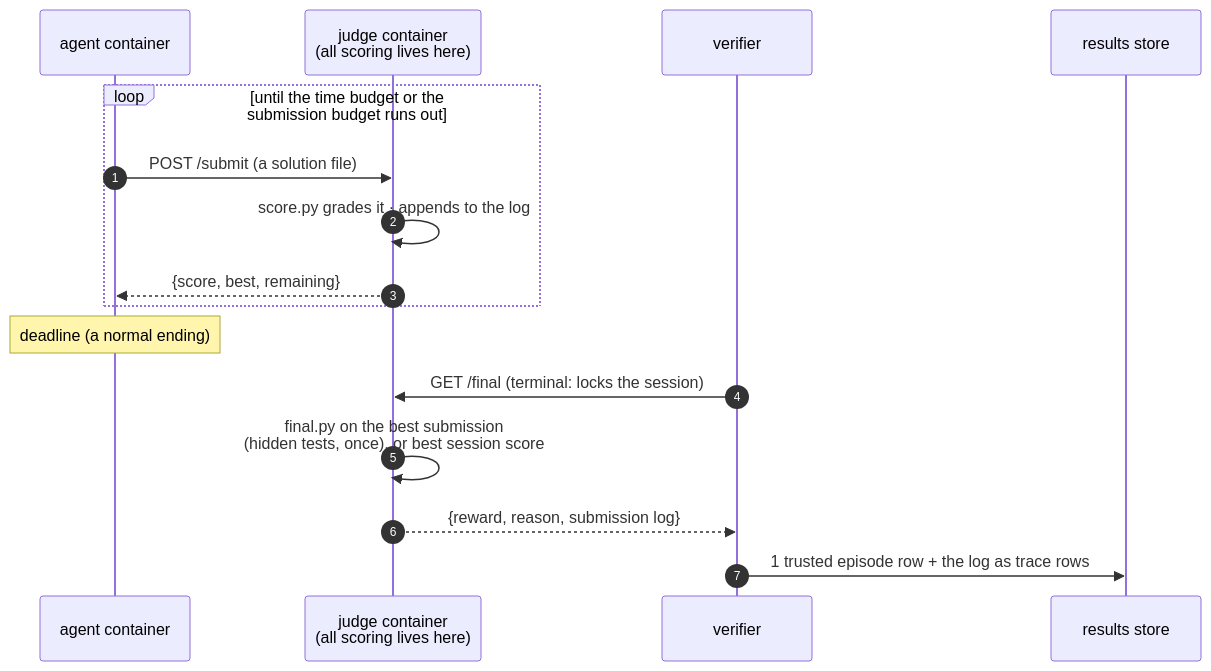
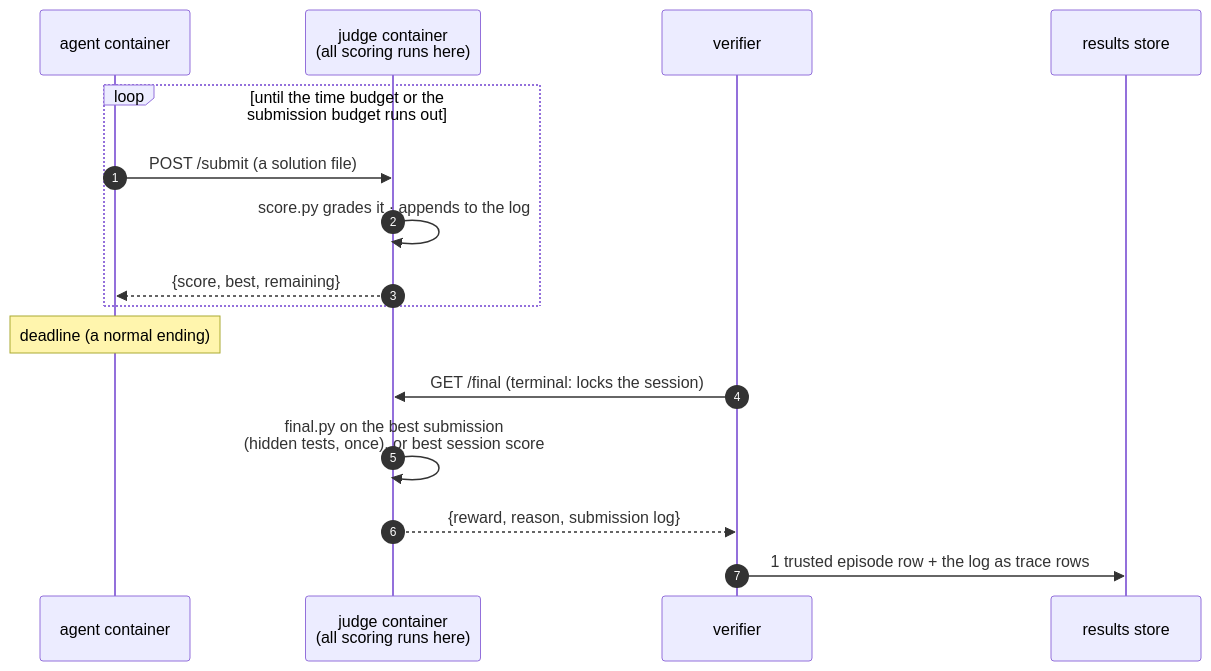
The diagram in docs/design.md (Human-Agent-Society/tide-eval), drawn with Mermaid before and after one commit. The commit also changed other lines of this file and 4 other files, not shown here.

````diff
--- a/docs/design.md
+++ b/docs/design.md
@@ -68,19 +69,19 @@
 ```mermaid
 sequenceDiagram
     autonumber
     participant A as agent container
-    participant J as judge container<br/>(all scoring lives here)
+    participant J as judge container<br/>(all scoring runs here)
     participant V as verifier
     participant S as results store
 
     loop until the time budget or the submission budget runs out
         A->>J: POST /submit (a solution file)
         J->>J: score.py grades it · appends to the log
         J-->>A: {score, best, remaining}
     end
     Note over A: deadline (a normal ending)
     V->>J: GET /final (terminal: locks the session)
     J->>J: final.py on the best submission<br/>(hidden tests, once), or best session score
     J-->>V: {reward, reason, submission log}
     V->>S: 1 trusted episode row + the log as trace rows
 ```
````
